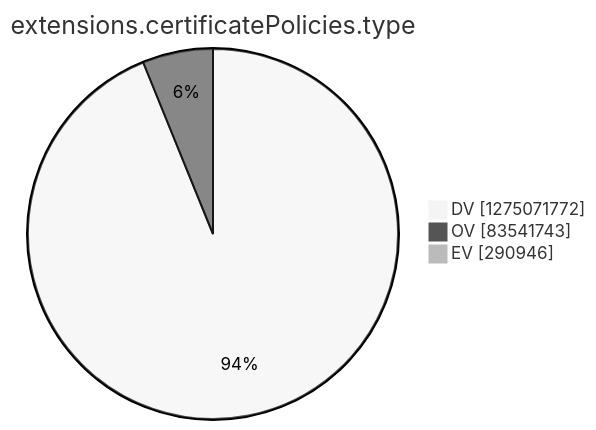
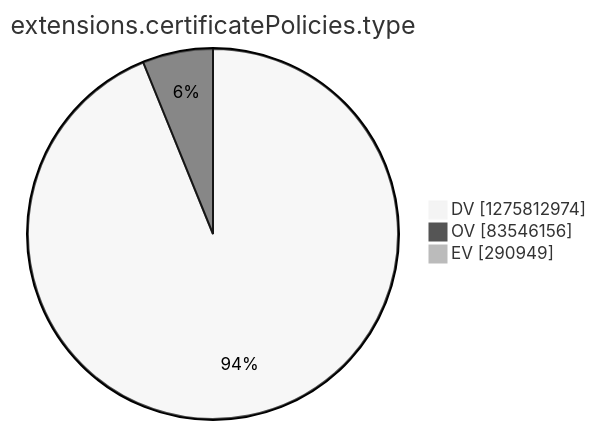
One commit to christiankrug/ctmonitor_visualization changed the tenth of 15 diagrams in argon2022/README.md. Above: the diagram before and after it, drawn with Mermaid (neutral theme). The commit also changed other lines of this file, not shown here.

````diff
--- a/argon2022/README.md
+++ b/argon2022/README.md
@@ -2771,7 +2771,7 @@
 ```mermaid
 pie showData
 title extensions.certificatePolicies.type
-"DV" :1275071772
-"OV" :83541743
-"EV" :290946
+"DV" :1275812974
+"OV" :83546156
+"EV" :290949
 ```
````
